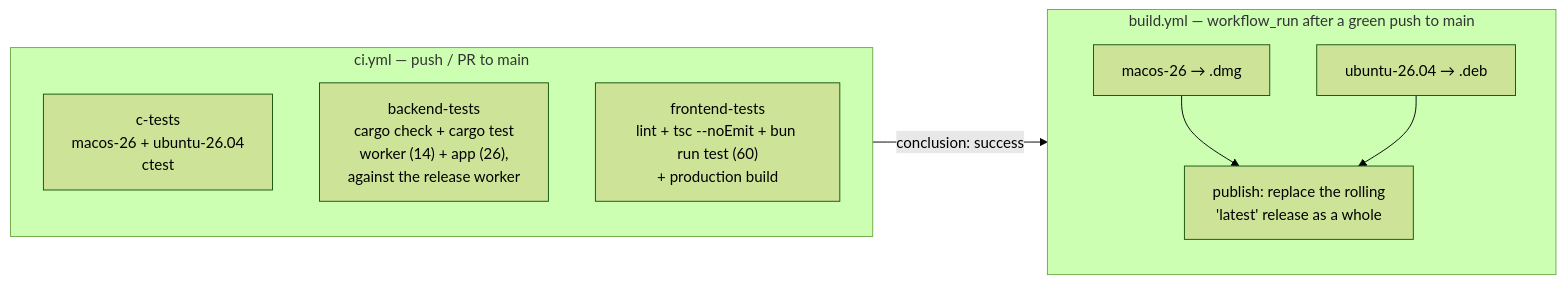
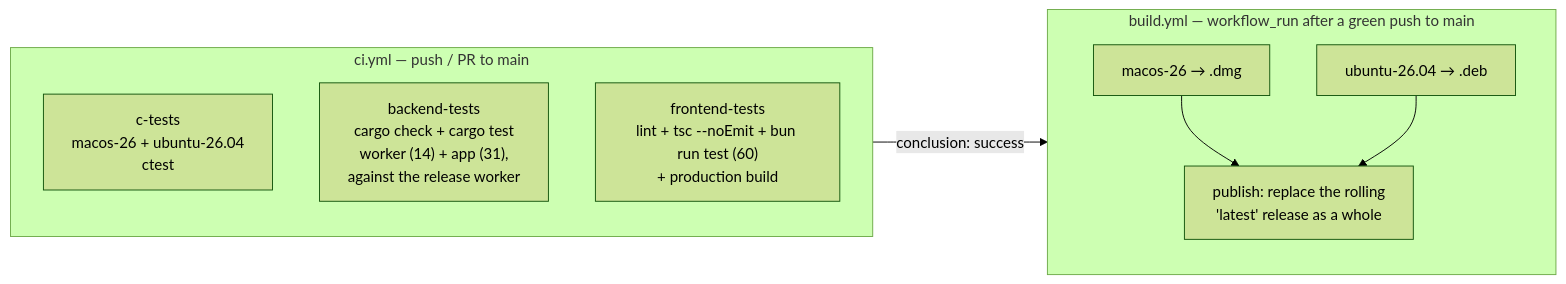
One commit to sersergious/surface-evolver changed the sixth of 6 diagrams in ARCHITECTURE.md. Above: the diagram before and after it, drawn with Mermaid (forest theme). The commit also changed other lines of this file and 18 other files, not shown here.

````diff
--- a/ARCHITECTURE.md
+++ b/ARCHITECTURE.md
@@ -297,17 +299,17 @@
 ```mermaid
 flowchart LR
     subgraph CI["ci.yml — push / PR to main"]
         direction TB
         C1["c-tests<br/>macos-26 + ubuntu-26.04<br/>ctest"]
-        C2["backend-tests<br/>cargo check + cargo test<br/>worker (14) + app (26),<br/>against the release worker"]
+        C2["backend-tests<br/>cargo check + cargo test<br/>worker (14) + app (31),<br/>against the release worker"]
         C3["frontend-tests<br/>lint + tsc --noEmit + bun run test (60)<br/>+ production build"]
     end
     subgraph BUILD["build.yml — workflow_run after a green push to main"]
         direction TB
         B1["macos-26 → .dmg"]
         B2["ubuntu-26.04 → .deb"]
         B1 --> REL["publish: replace the rolling<br/>'latest' release as a whole"]
         B2 --> REL
     end
     CI -- "conclusion: success" --> BUILD
 ```
````
